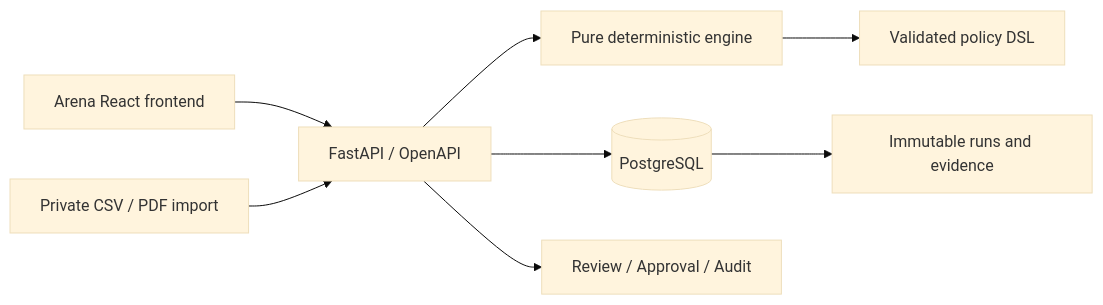
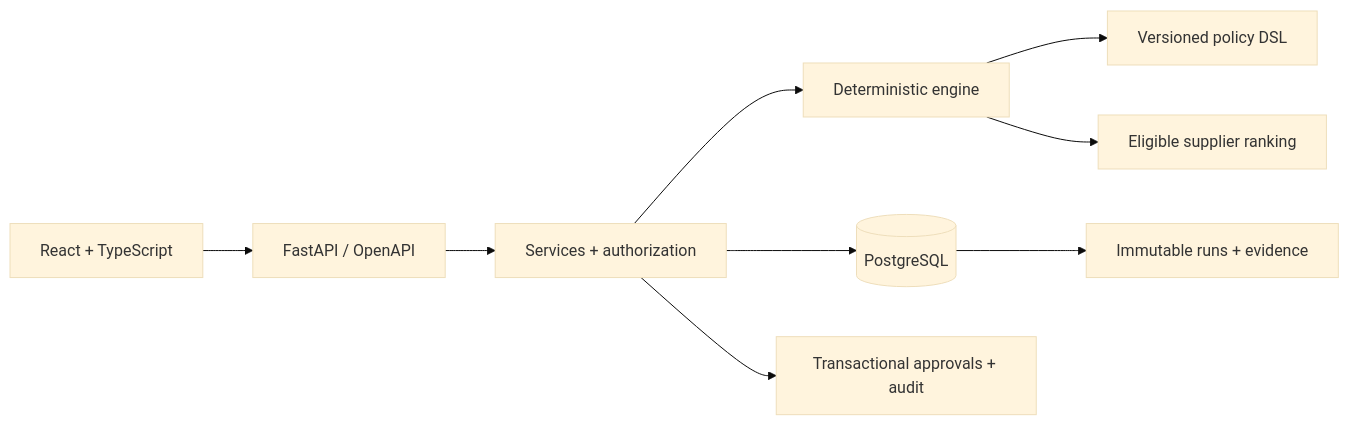
The diagram in README.md (Sohamgaonkhadkar/cantill-procurement-ai), drawn with Mermaid (base theme) before and after one commit. The commit also changed other lines of this file and 9 other files, not shown here.

````diff
--- a/README.md
+++ b/README.md
@@ -43,10 +72,11 @@
 ```mermaid
 flowchart LR
-  Arena[Arena React frontend] --> API[FastAPI / OpenAPI]
-  API --> Engine[Pure deterministic engine]
-  Engine --> Rules[Validated policy DSL]
-  API --> DB[(PostgreSQL)]
-  DB --> Snapshots[Immutable runs and evidence]
-  API --> Governance[Review / Approval / Audit]
-  Private[Private CSV / PDF import] --> API
+    UI[React + TypeScript] --> API[FastAPI / OpenAPI]
+    API --> Service[Services + authorization]
+    Service --> Engine[Deterministic engine]
+    Engine --> Rules[Versioned policy DSL]
+    Engine --> Suppliers[Eligible supplier ranking]
+    Service --> DB[(PostgreSQL)]
+    DB --> Evidence[Immutable runs + evidence]
+    Service --> Actions[Transactional approvals + audit]
 ```
````
